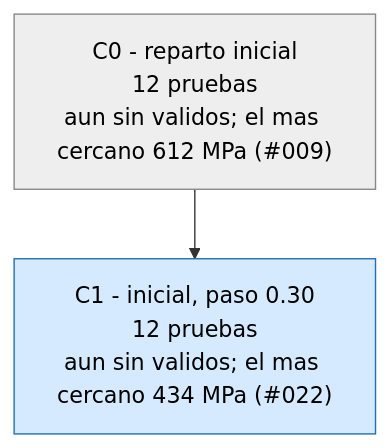
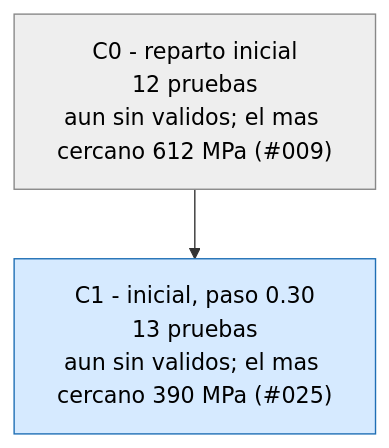
One commit to Hugiko/msd-soporte-optimizacion changed the third of 3 diagrams in runs/opt_37800N/ARBOL.md. Above: the diagram before and after it, drawn with Mermaid. The commit also changed 21 other files, not shown here.

````diff
--- a/runs/opt_37800N/ARBOL.md
+++ b/runs/opt_37800N/ARBOL.md
@@ -33,9 +33,9 @@
 ```mermaid
 graph TD
 classDef activa fill:#d6eaff,stroke:#1f6fb5,color:#000
 classDef fin fill:#eeeeee,stroke:#888,color:#000
 classDef mejor fill:#c8f0c0,stroke:#1a9850,stroke-width:4px,color:#000
 C0["C0 - reparto inicial<br/>12 pruebas<br/>aun sin validos; el mas cercano 612 MPa (#009)"]:::fin
-C1["C1 - inicial, paso 0.30<br/>12 pruebas<br/>aun sin validos; el mas cercano 434 MPa (#022)"]:::activa
+C1["C1 - inicial, paso 0.30<br/>13 pruebas<br/>aun sin validos; el mas cercano 390 MPa (#025)"]:::activa
 C0 --> C1
 ```
````
